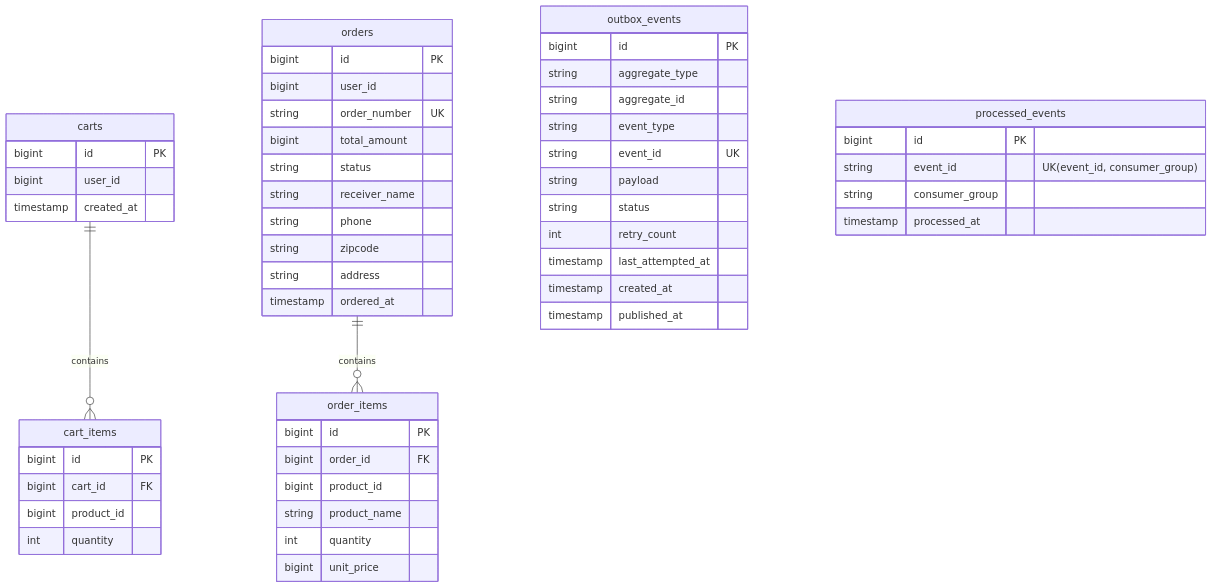
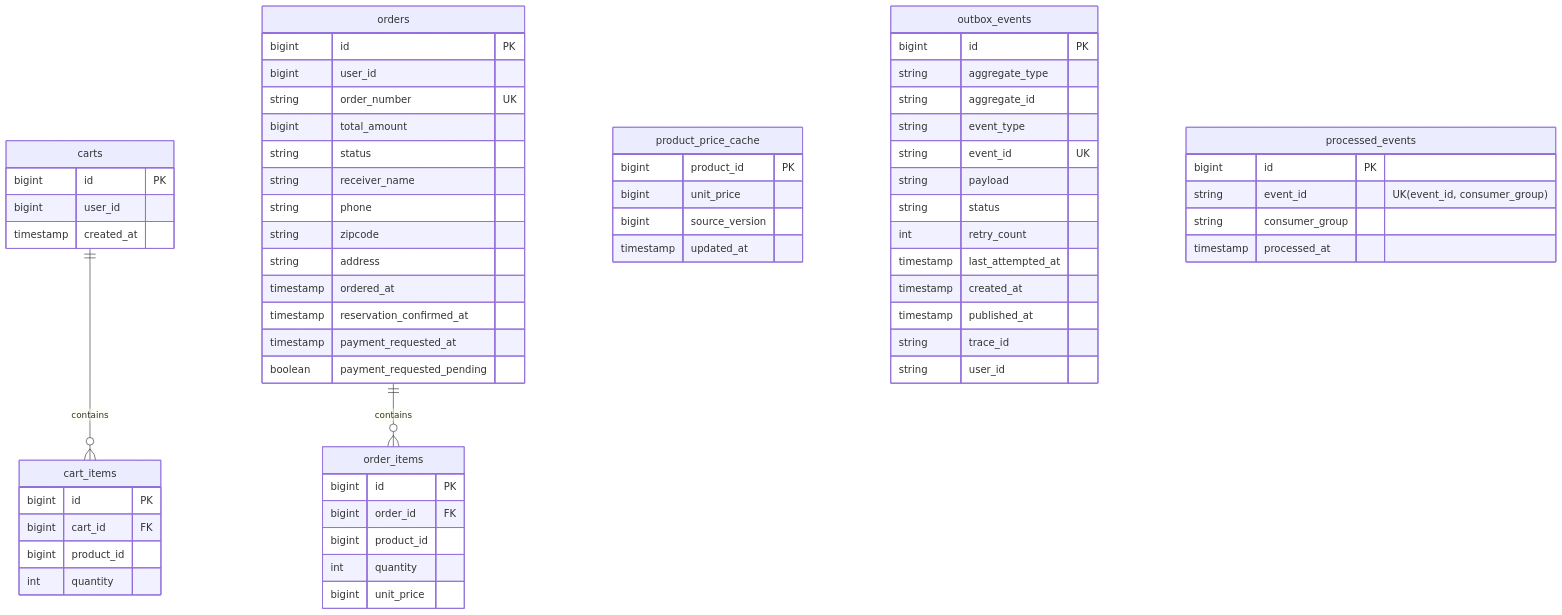
Before and after one commit to Kimgyuilli/PeekCart: the fifth of 7 diagrams in docs/05-data-design.md, drawn with Mermaid. The commit also changed other lines of this file and 3 other files, not shown here.

````diff
--- a/docs/05-data-design.md
+++ b/docs/05-data-design.md
@@ -257,55 +290,65 @@
 ```mermaid
 erDiagram
   carts {
     bigint id PK
     bigint user_id
     timestamp created_at
   }
   cart_items {
     bigint id PK
     bigint cart_id FK
     bigint product_id
     int quantity
   }
   orders {
     bigint id PK
     bigint user_id
     string order_number UK
     bigint total_amount
     string status
     string receiver_name
     string phone
     string zipcode
     string address
     timestamp ordered_at
+    timestamp reservation_confirmed_at
+    timestamp payment_requested_at
+    boolean payment_requested_pending
   }
   order_items {
     bigint id PK
     bigint order_id FK
     bigint product_id
-    string product_name
     int quantity
     bigint unit_price
+  }
+  product_price_cache {
+    bigint product_id PK
+    bigint unit_price
+    bigint source_version
+    timestamp updated_at
   }
   outbox_events {
     bigint id PK
     string aggregate_type
     string aggregate_id
     string event_type
     string event_id UK
     string payload
     string status
     int retry_count
     timestamp last_attempted_at
     timestamp created_at
     timestamp published_at
+    string trace_id
+    string user_id
   }
   processed_events {
     bigint id PK
     string event_id "UK(event_id, consumer_group)"
     string consumer_group
     timestamp processed_at
   }
   carts ||--o{ cart_items : contains
   orders ||--o{ order_items : contains
 ```
````
